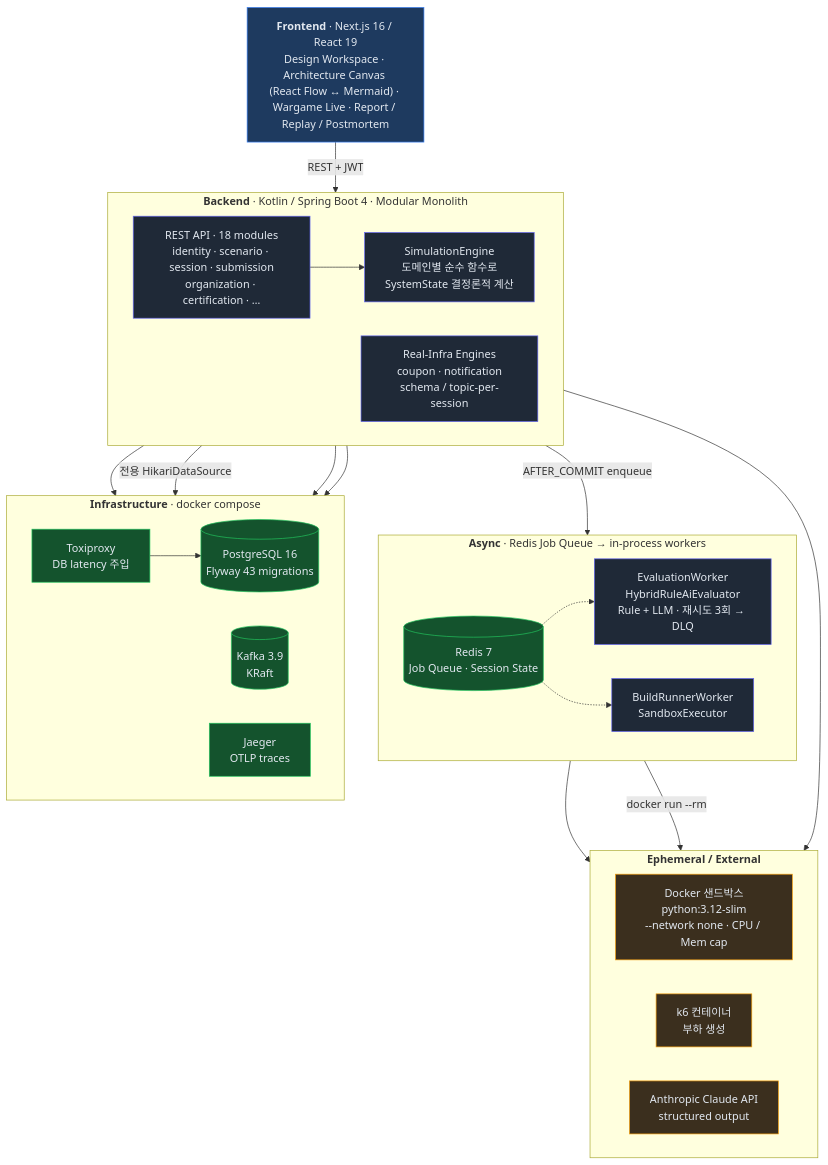
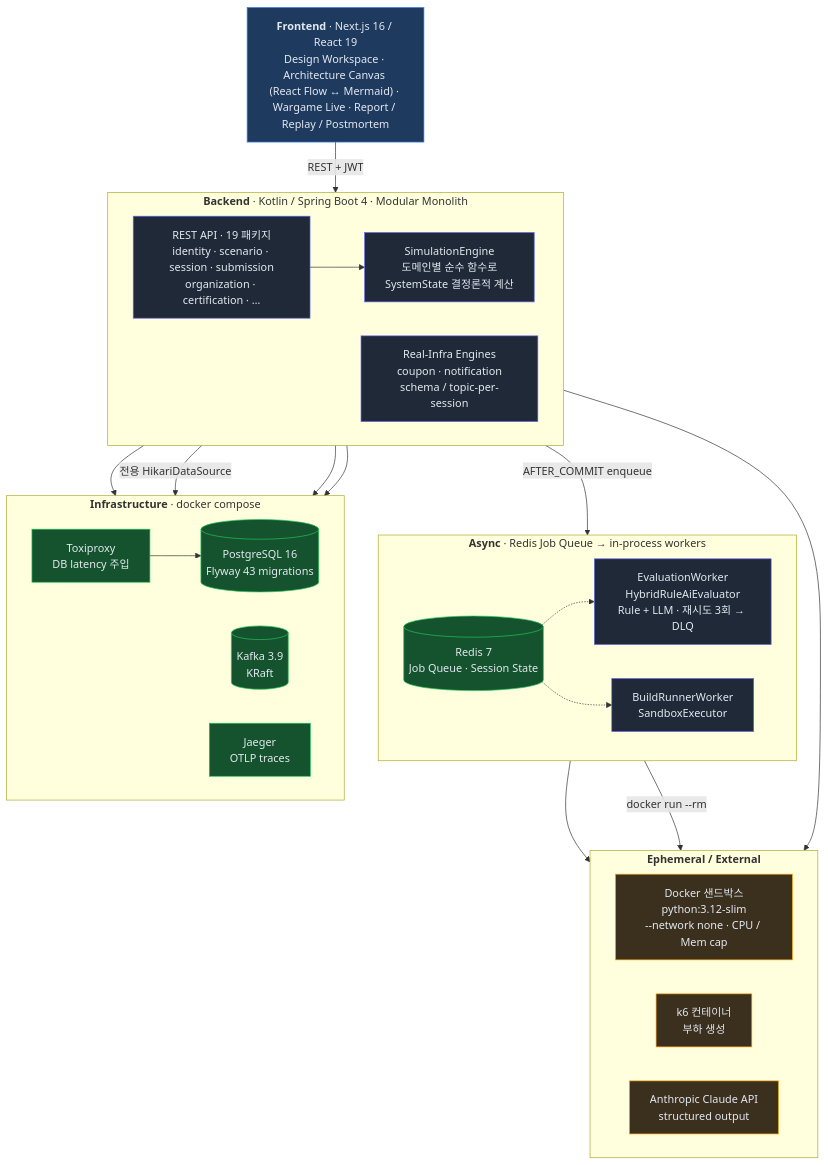
Before and after one commit to polynomeer/sys-drill: the first of 2 diagrams in README.md, drawn with Mermaid. The commit also changed other lines of this file, not shown here.

First line of the commit message:
docs: 평가 시퀀스 다이어그램 정정 및 모듈 수 표기 통일

````diff
--- a/README.md
+++ b/README.md
@@ -69,55 +69,55 @@
 ```mermaid
 flowchart TB
     FE["<b>Frontend</b> · Next.js 16 / React 19<br/>Design Workspace · Architecture Canvas (React Flow ↔ Mermaid) · Wargame Live · Report / Replay / Postmortem"]
 
     subgraph BE["<b>Backend</b> · Kotlin / Spring Boot 4 · Modular Monolith"]
         direction LR
-        API["REST API · 18 modules<br/>identity · scenario · session · submission<br/>organization · certification · …"]
+        API["REST API · 19 패키지<br/>identity · scenario · session · submission<br/>organization · certification · …"]
         SIM["SimulationEngine<br/>도메인별 순수 함수로<br/>SystemState 결정론적 계산"]
         RI["Real-Infra Engines<br/>coupon · notification<br/>schema / topic-per-session"]
     end
 
     subgraph WK["<b>Async</b> · Redis Job Queue → in-process workers"]
         direction LR
         RD[("Redis 7<br/>Job Queue · Session State")]
         EVAL["EvaluationWorker<br/>HybridRuleAiEvaluator<br/>Rule + LLM · 재시도 3회 → DLQ"]
         BR["BuildRunnerWorker<br/>SandboxExecutor"]
     end
 
     subgraph INFRA["<b>Infrastructure</b> · docker compose"]
         direction LR
         PG[("PostgreSQL 16<br/>Flyway 43 migrations")]
         TP["Toxiproxy<br/>DB latency 주입"]
         KF[("Kafka 3.9<br/>KRaft")]
         JG["Jaeger<br/>OTLP traces"]
     end
 
     subgraph EXT["<b>Ephemeral / External</b>"]
         direction LR
         DK["Docker 샌드박스<br/>python:3.12-slim<br/>--network none · CPU / Mem cap"]
         K6["k6 컨테이너<br/>부하 생성"]
         LLM["Anthropic Claude API<br/>structured output"]
     end
 
     FE -- "REST + JWT" --> API
     API --> SIM
     API -- "AFTER_COMMIT enqueue" --> RD
     RD -.-> EVAL
     RD -.-> BR
     API --> PG
     RI -- "전용 HikariDataSource" --> TP --> PG
     RI --> KF
     RI --> JG
     RI --> K6
     EVAL --> LLM
     BR -- "docker run --rm" --> DK
 
     classDef fe fill:#1e3a5f,stroke:#3b82f6,color:#e2e8f0
     classDef be fill:#1f2937,stroke:#6366f1,color:#e2e8f0
     classDef infra fill:#14532d,stroke:#22c55e,color:#e2e8f0
     classDef ext fill:#3b2f1e,stroke:#f59e0b,color:#e2e8f0
     class FE fe
     class API,SIM,EVAL,BR,RI be
     class PG,RD,KF,TP,JG infra
     class DK,K6,LLM ext
 ```
````
